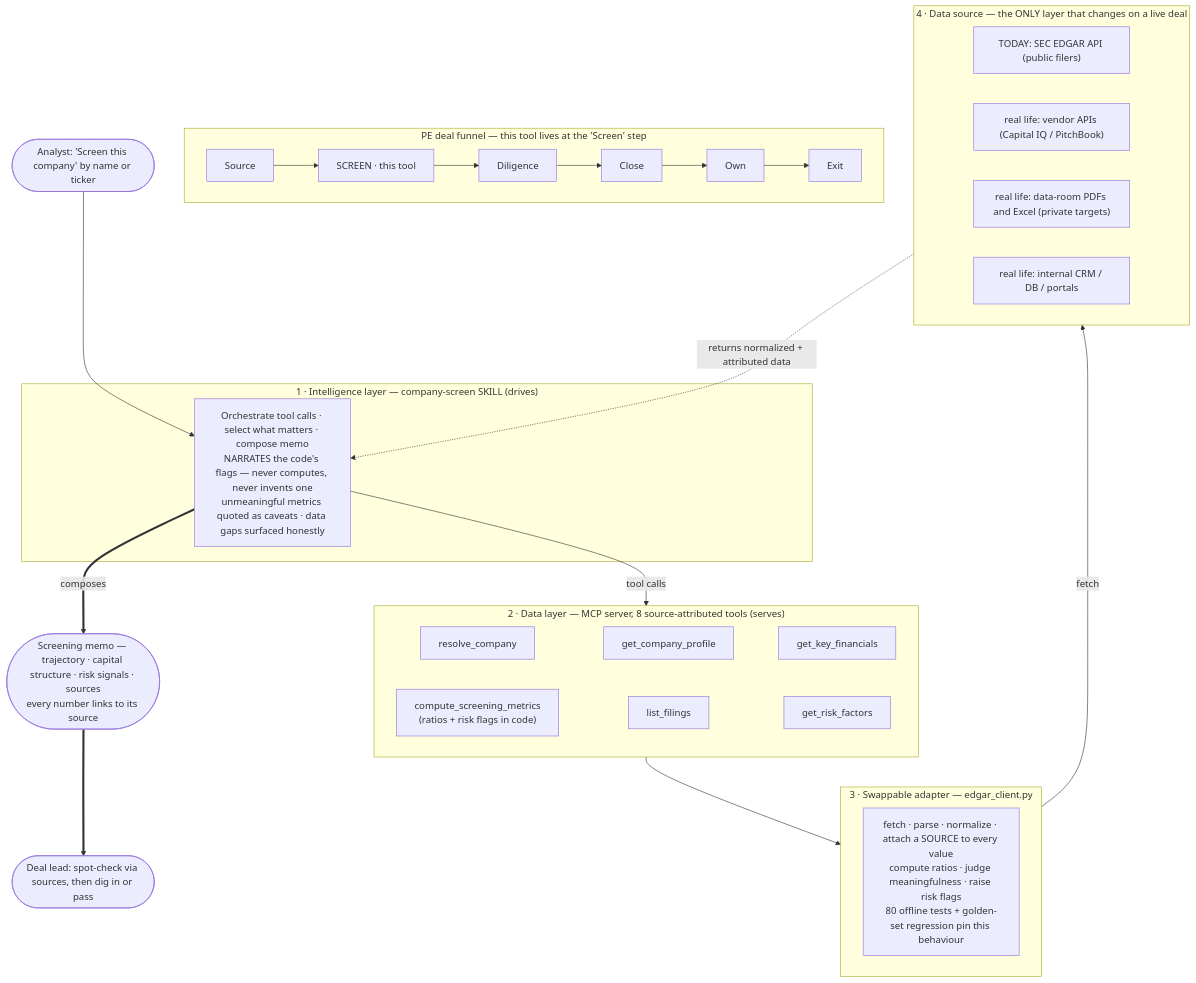
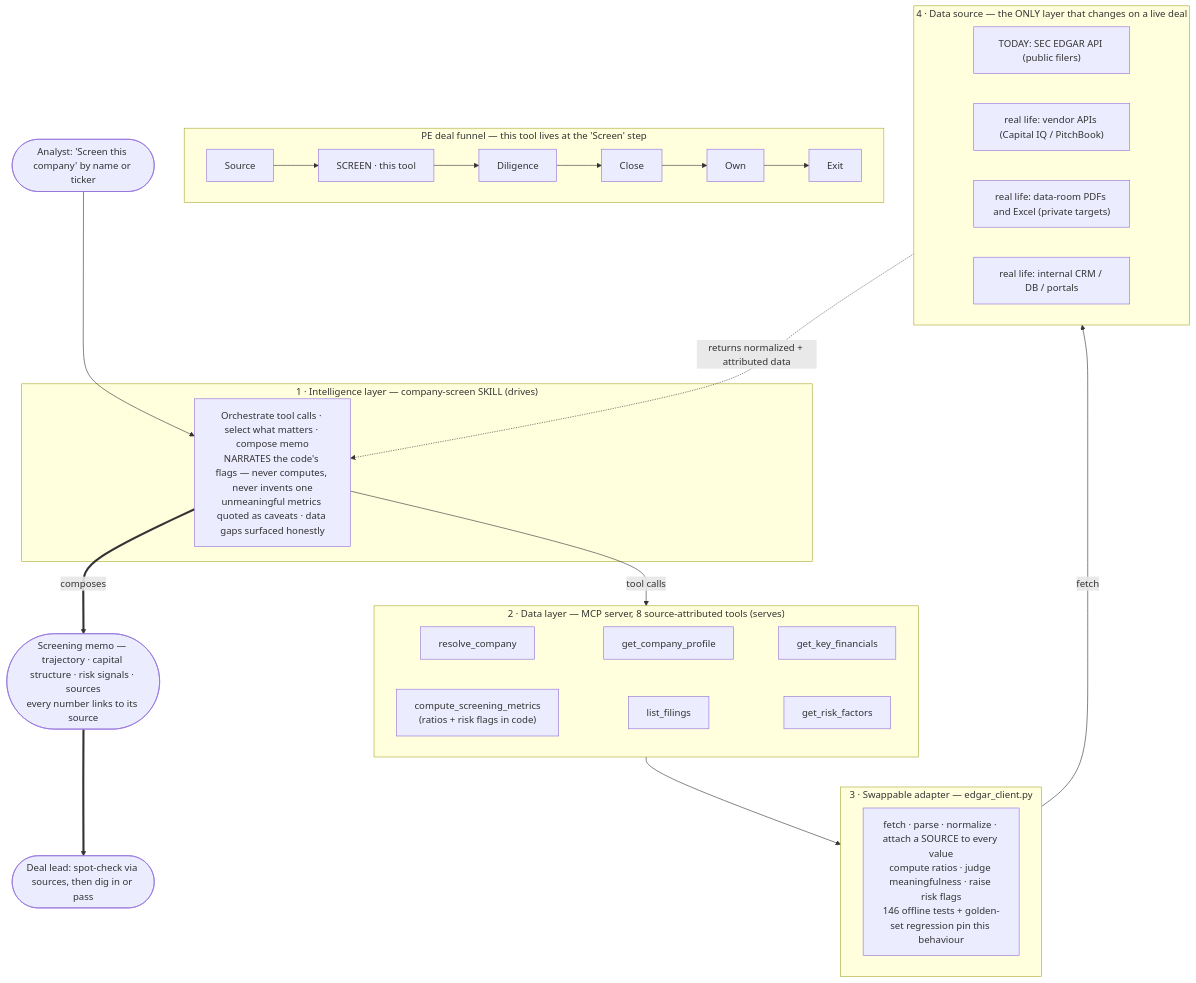
The diagram in docs/PRD.md (chidrupa99/northbridge-diligence), drawn with Mermaid before and after one commit. The commit also changed other lines of this file and 3 other files, not shown here.

````diff
--- a/docs/PRD.md
+++ b/docs/PRD.md
@@ -91,44 +91,44 @@
 ```mermaid
 flowchart TB
   subgraph FUNNEL["PE deal funnel — this tool lives at the 'Screen' step"]
     direction LR
     F1["Source"] --> F2["SCREEN · this tool"] --> F3["Diligence"] --> F4["Close"] --> F5["Own"] --> F6["Exit"]
   end
 
   START(["Analyst: 'Screen this company' by name or ticker"]) --> SKILL
 
   subgraph INTEL["1 · Intelligence layer — company-screen SKILL (drives)"]
     SKILL["Orchestrate tool calls · select what matters · compose memo<br/>NARRATES the code's flags — never computes, never invents one<br/>unmeaningful metrics quoted as caveats · data gaps surfaced honestly"]
   end
 
   subgraph DATAL["2 · Data layer — MCP server, 8 source-attributed tools (serves)"]
     direction LR
     T1["resolve_company"]
     T2["get_company_profile"]
     T3["get_key_financials"]
     T4["compute_screening_metrics<br/>(ratios + risk flags in code)"]
     T5["list_filings"]
     T6["get_risk_factors"]
     T1 ~~~ T2 ~~~ T3
     T4 ~~~ T5 ~~~ T6
   end
 
   subgraph ADAPT["3 · Swappable adapter — edgar_client.py"]
-    ADP["fetch · parse · normalize · attach a SOURCE to every value<br/>compute ratios · judge meaningfulness · raise risk flags<br/>80 offline tests + golden-set regression pin this behaviour"]
+    ADP["fetch · parse · normalize · attach a SOURCE to every value<br/>compute ratios · judge meaningfulness · raise risk flags<br/>146 offline tests + golden-set regression pin this behaviour"]
   end
 
   subgraph SOURCES["4 · Data source — the ONLY layer that changes on a live deal"]
     direction LR
     ED["TODAY: SEC EDGAR API (public filers)"]
     VN["real life: vendor APIs (Capital IQ / PitchBook)"]
     PD["real life: data-room PDFs and Excel (private targets)"]
     IN["real life: internal CRM / DB / portals"]
   end
 
   SKILL -->|"tool calls"| DATAL
   DATAL --> ADAPT
   ADAPT -->|"fetch"| SOURCES
   SOURCES -. "returns normalized + attributed data" .-> SKILL
   SKILL ==>|"composes"| MEMO(["Screening memo — trajectory · capital structure · risk signals · sources<br/>every number links to its source"])
   MEMO ==> LEAD(["Deal lead: spot-check via sources, then dig in or pass"])
 ```
````
